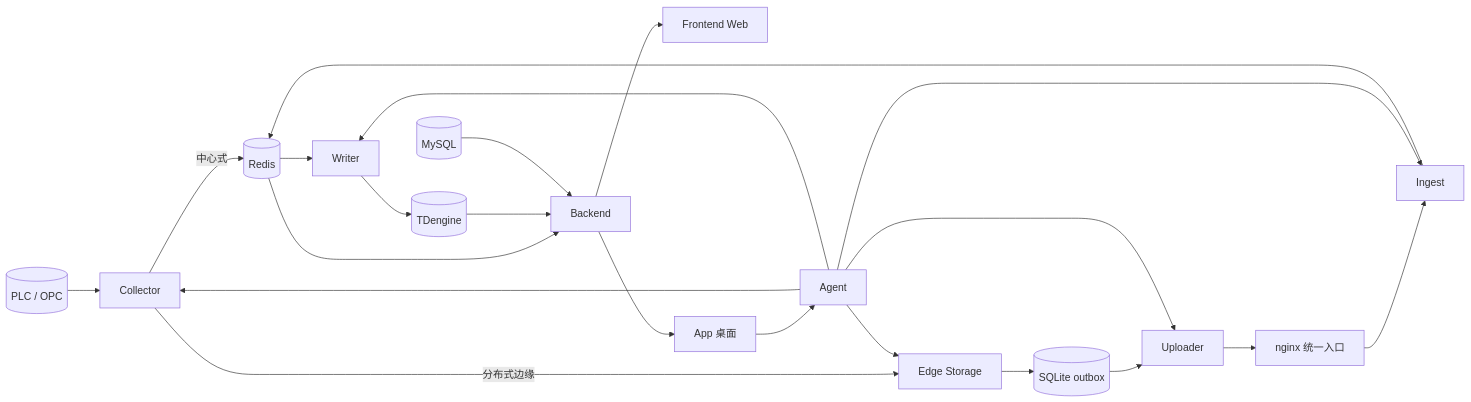
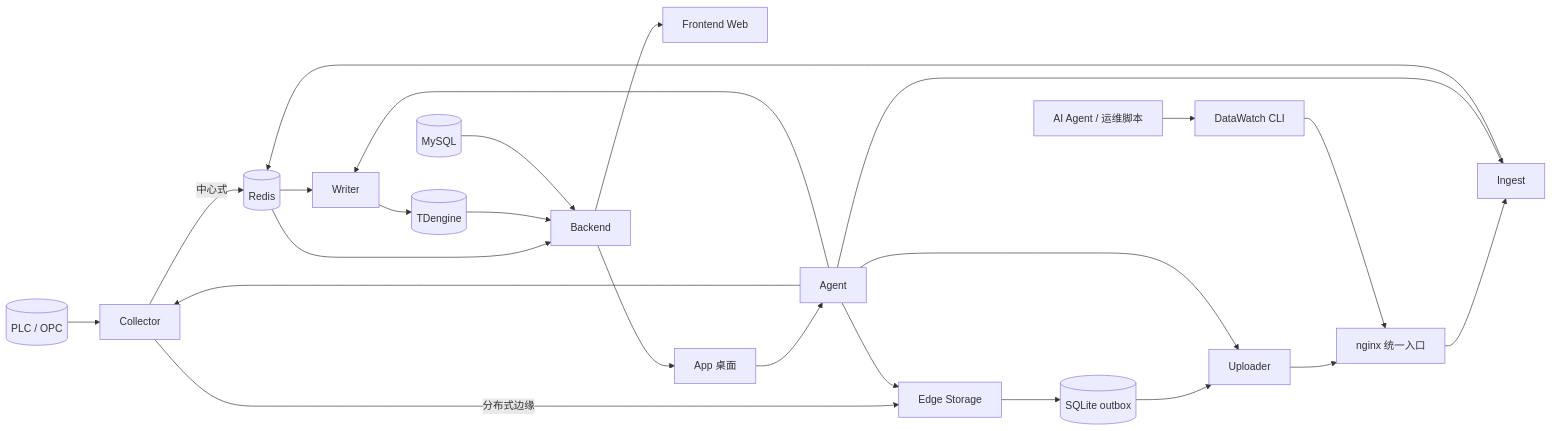
Before and after one commit to Hry1729/data_watch: the diagram in docs/README.md, drawn with Mermaid. The commit also changed other lines of this file and 16 other files, not shown here.

Commit message:
docs(cli): finalize architecture and AI usage

````diff
--- a/docs/README.md
+++ b/docs/README.md
@@ -66,24 +74,26 @@
 ```mermaid
 flowchart LR
     PLC[(PLC / OPC)] --> COL[Collector]
     COL -->|中心式| RDS[(Redis)]
     COL -->|分布式边缘| EST[Edge Storage]
     EST --> EDB[(SQLite outbox)]
     EDB --> UP[Uploader]
     UP --> NG[nginx 统一入口]
     NG --> ING[Ingest]
     ING --> RDS
     RDS --> WR[Writer]
     WR --> TD[(TDengine)]
     RDS --> BE[Backend]
     TD --> BE
     MY[(MySQL)] --> BE
     BE --> FE[Frontend Web]
     BE --> APP[App 桌面]
     AG[Agent] --> COL
     AG --> EST
     AG --> UP
     AG --> ING
     AG --> WR
     APP --> AG
+    AI[AI Agent / 运维脚本] --> CLI[DataWatch CLI]
+    CLI --> NG
 ```
````
